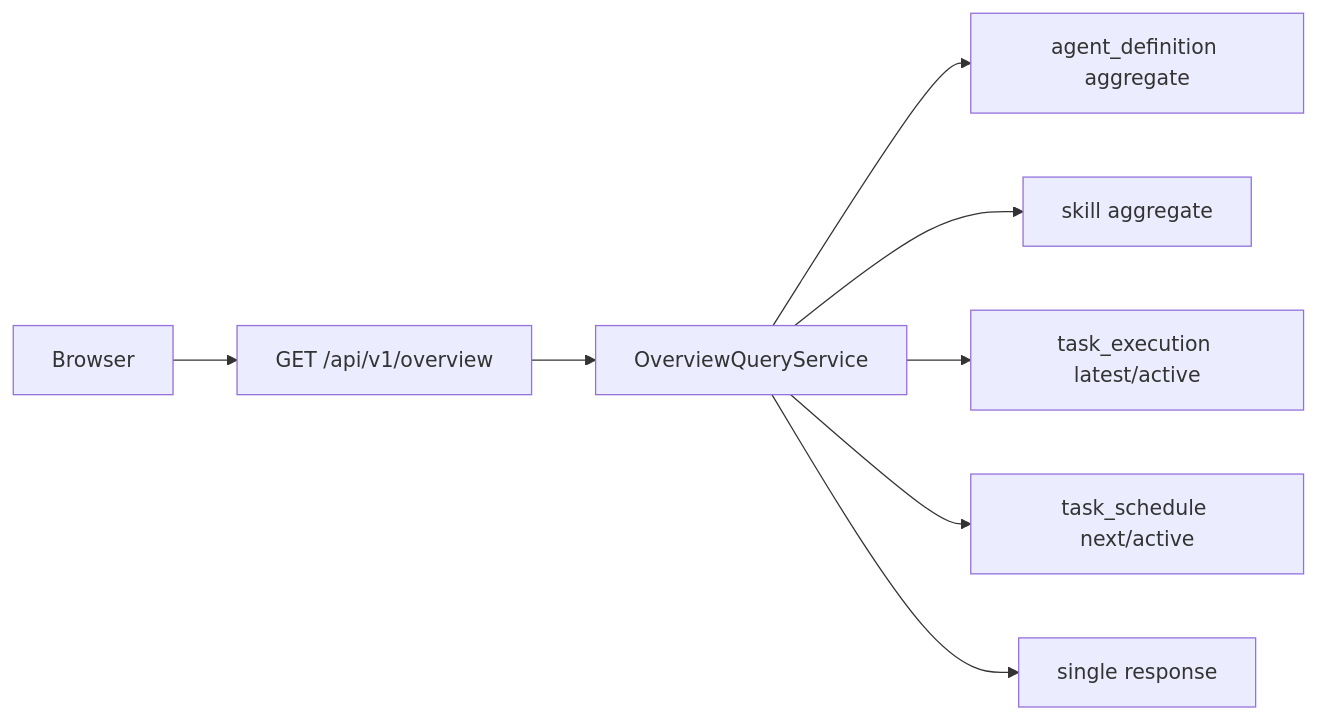
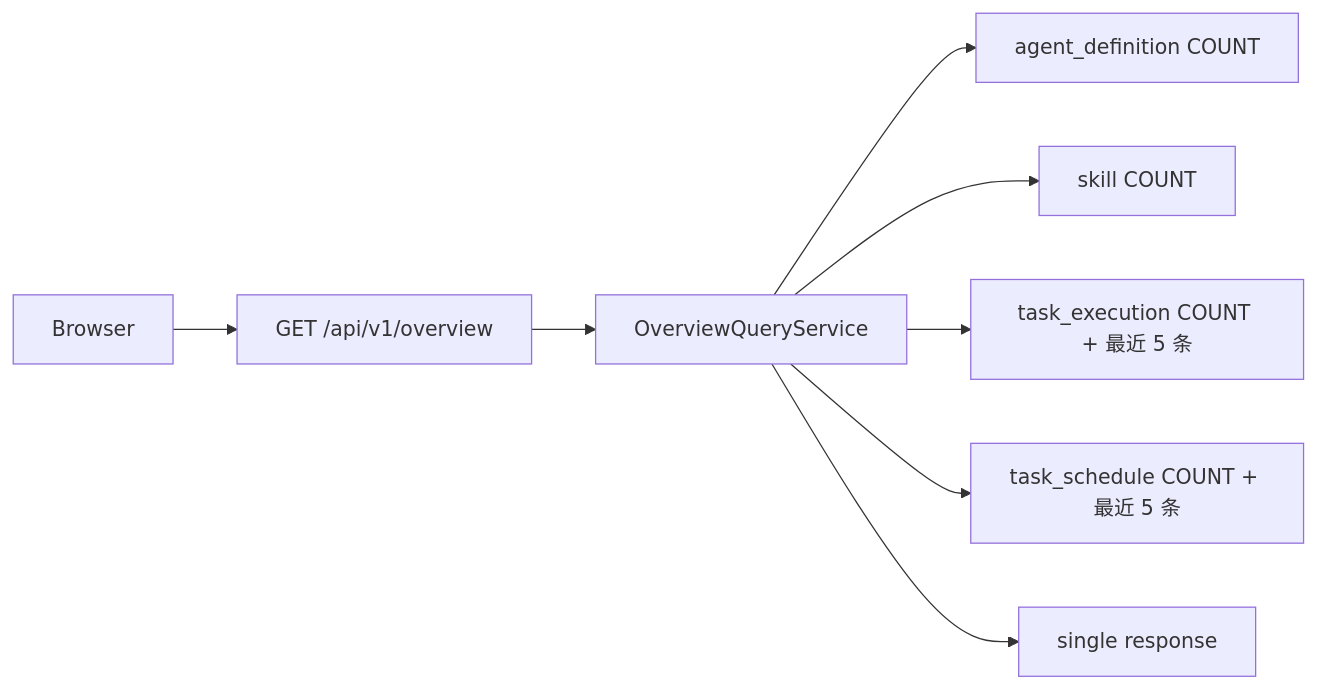
Before and after one commit to Michaelxwb/fluxion-harness: the diagram in .code-flow/tasks/2026-09-17/12-overview-dashboard/12-overview-dashboard.backend.design.md, drawn with Mermaid. The commit also changed other lines of this file and 33 other files, not shown here.

````diff
--- a/.code-flow/tasks/2026-09-17/12-overview-dashboard/12-overview-dashboard.backend.design.md
+++ b/.code-flow/tasks/2026-09-17/12-overview-dashboard/12-overview-dashboard.backend.design.md
@@ -77,10 +95,10 @@
 ```mermaid
 flowchart LR
  B["Browser"] --> O["GET /api/v1/overview"]
  O --> Q["OverviewQueryService"]
- Q --> A["agent_definition aggregate"]
- Q --> S["skill aggregate"]
- Q --> T["task_execution latest/active"]
- Q --> C["task_schedule next/active"]
+ Q --> A["agent_definition COUNT"]
+ Q --> S["skill COUNT"]
+ Q --> T["task_execution COUNT + 最近 5 条"]
+ Q --> C["task_schedule COUNT + 最近 5 条"]
  Q --> R["single response"]
 ```
````
